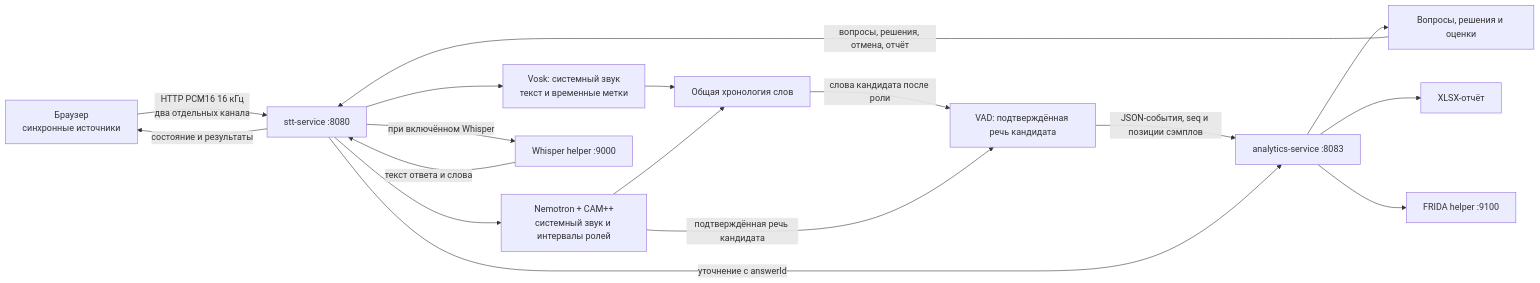
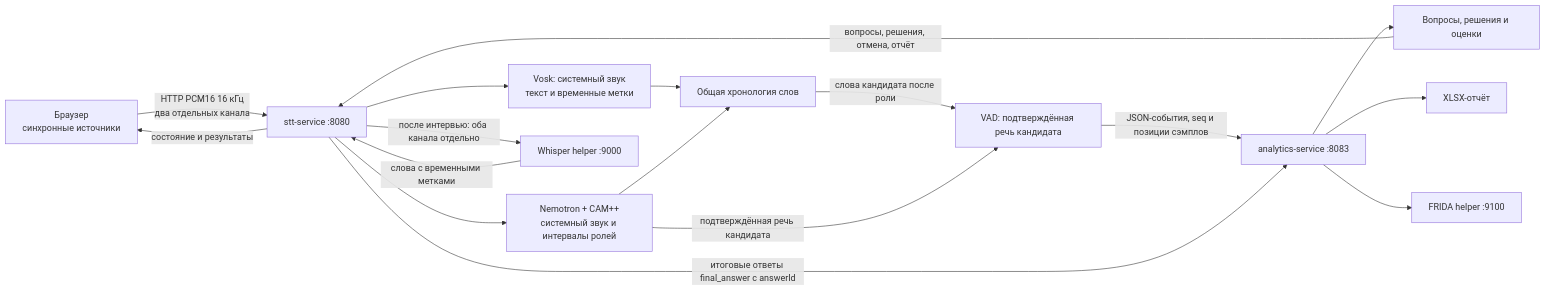
Before and after one commit to ArtemSorin/stt-platform: the diagram in docs/architecture.md, drawn with Mermaid. The commit also changed 32 other files, not shown here.

````diff
--- a/docs/architecture.md
+++ b/docs/architecture.md
@@ -25,19 +25,19 @@
 ```mermaid
 flowchart LR
     B[Браузер<br/>синхронные источники] -->|HTTP PCM16 16 кГц<br/>два отдельных канала| S[stt-service :8080]
     S --> V1[Vosk: системный звук<br/>текст и временные метки]
     S --> N[Nemotron + CAM++<br/>системный звук и интервалы ролей]
     V1 --> M[Общая хронология слов]
     N --> M
     M -->|слова кандидата после роли| D[VAD: подтверждённая речь кандидата]
     N -->|подтверждённая речь кандидата| D
     D -->|JSON-события, seq и позиции сэмплов| A[analytics-service :8083]
     A --> Q[Вопросы, решения и оценки]
     Q -->|вопросы, решения, отмена, отчёт| S
-    S -->|при включённом Whisper| W[Whisper helper :9000]
-    W -->|текст ответа и слова| S
-    S -->|уточнение с answerId| A
+    S -->|после интервью: оба канала отдельно| W[Whisper helper :9000]
+    W -->|слова с временными метками| S
+    S -->|итоговые ответы final_answer с answerId| A
     A --> X[XLSX-отчёт]
     S -->|состояние и результаты| B
     A --> F[FRIDA helper :9100]
 ```
````
